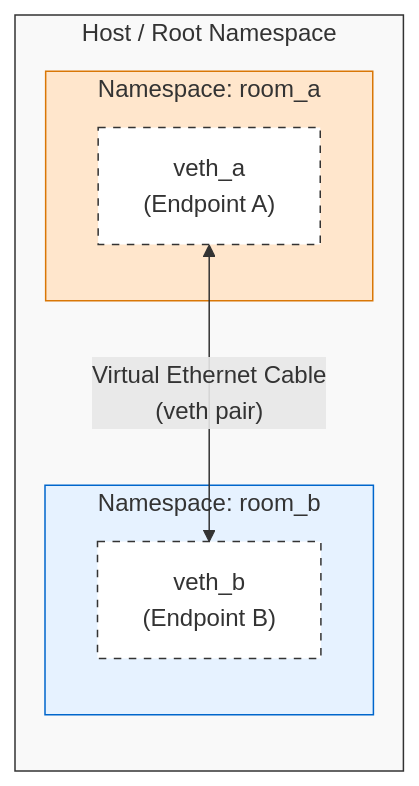
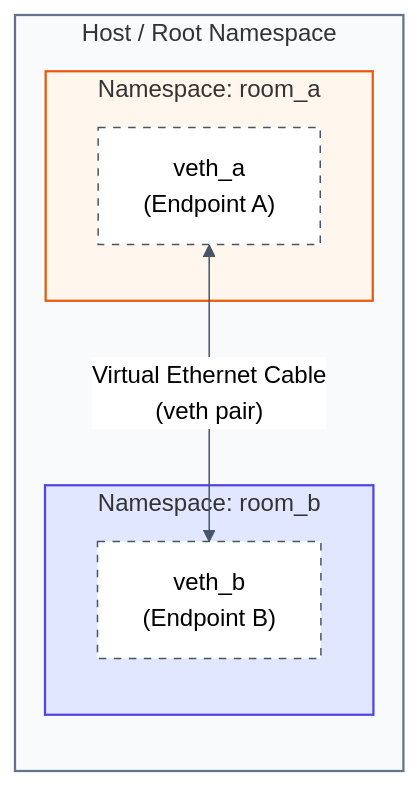
The diagram in act-3--escaping-the-building/05-the-walls/diagrams/flow.md (codermannn/networking_crash_course_for_kubernetes), drawn with Mermaid before and after one commit. The commit also changed 13 other files, not shown here.

Commit message:
style: apply premium Slate/Indigo/Amber color theme and correct quoting across all diagrams

````diff
--- a/act-3--escaping-the-building/05-the-walls/diagrams/flow.md
+++ b/act-3--escaping-the-building/05-the-walls/diagrams/flow.md
@@ -5,20 +5,21 @@
 ```mermaid
+%%{init: { 'theme': 'neutral', 'themeVariables': { 'primaryColor': '#F8FAFC', 'primaryBorderColor': '#64748B', 'lineColor': '#475569' }}}%%
 flowchart LR
-    subgraph HostNamespace [Host / Root Namespace]
-        subgraph NS_A [Namespace: room_a]
-            veth_a["veth_a\n(Endpoint A)"]
+    subgraph HostNamespace ["Host / Root Namespace"]
+        subgraph NS_A ["Namespace: room_a"]
+            veth_a["veth_a<br/>(Endpoint A)"]
         end
 
-        subgraph NS_B [Namespace: room_b]
-            veth_b["veth_b\n(Endpoint B)"]
+        subgraph NS_B ["Namespace: room_b"]
+            veth_b["veth_b<br/>(Endpoint B)"]
         end
 
-        veth_a <-->|"Virtual Ethernet Cable\n(veth pair)"| veth_b
+        veth_a <-->|"Virtual Ethernet Cable<br/>(veth pair)"| veth_b
     end
 
-    style HostNamespace fill:#f9f9f9,stroke:#333,stroke-width:1px
-    style NS_A fill:#ffe6cc,stroke:#d97706,stroke-width:1px
-    style NS_B fill:#e6f2ff,stroke:#0066cc,stroke-width:1px
-    style veth_a fill:#ffffff,stroke:#333,stroke-dasharray: 5 5
-    style veth_b fill:#ffffff,stroke:#333,stroke-dasharray: 5 5
+    style HostNamespace fill:#F8FAFC,stroke:#64748B,stroke-width:1.5px
+    style NS_A fill:#FFF7ED,stroke:#EA580C,stroke-width:1.5px
+    style NS_B fill:#E0E7FF,stroke:#4F46E5,stroke-width:1.5px
+    style veth_a fill:#ffffff,stroke:#475569,stroke-width:1px,stroke-dasharray: 5 5
+    style veth_b fill:#ffffff,stroke:#475569,stroke-width:1px,stroke-dasharray: 5 5
 ```
````
